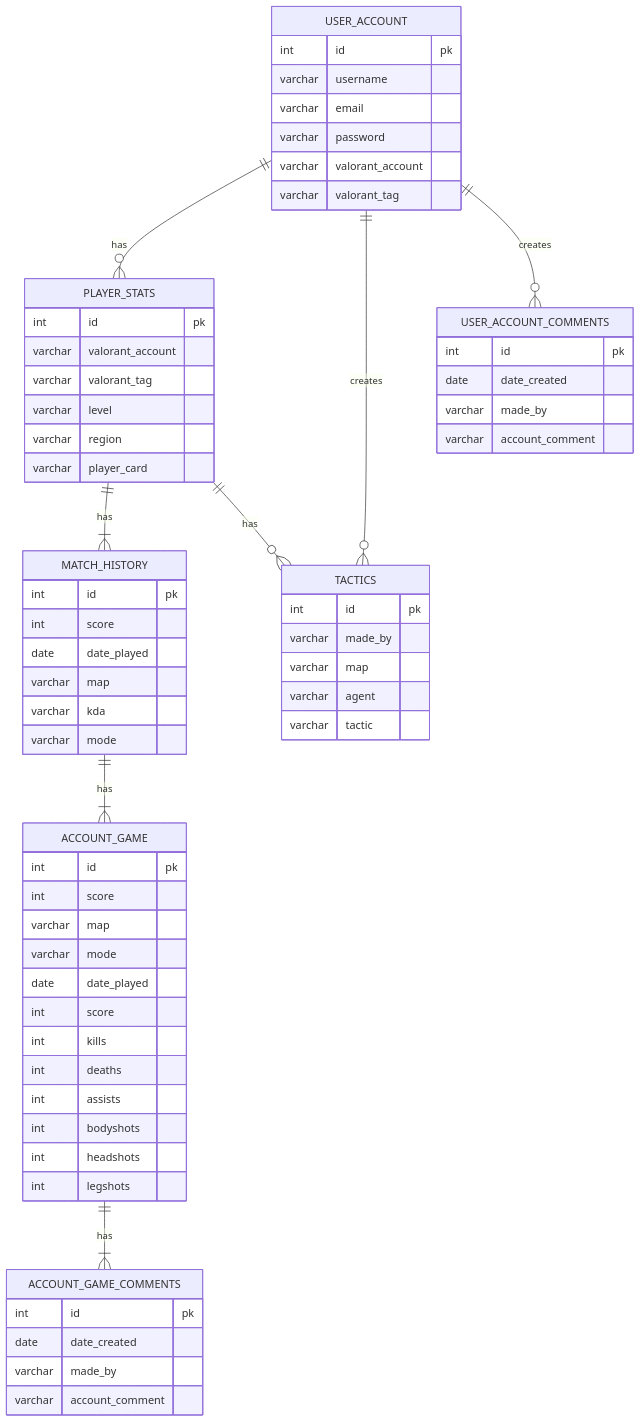
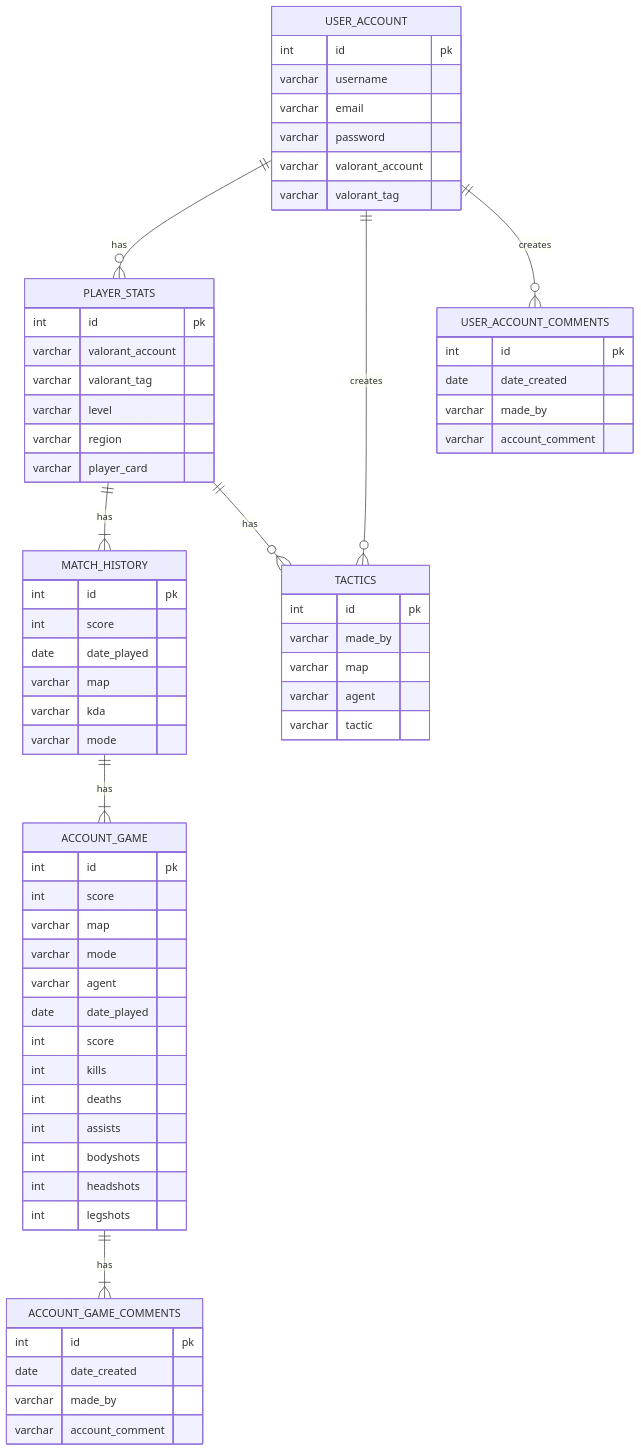
Before and after one commit to MarianoUnosquare17/imspector-vuejs: the second of 2 diagrams in README.md, drawn with Mermaid.

Commit message:
updated erd

````diff
--- a/README.md
+++ b/README.md
@@ -42,68 +42,69 @@
 ```mermaid
 erDiagram
     USER_ACCOUNT ||--o{ PLAYER_STATS : has
     USER_ACCOUNT {
         int id pk
         varchar username
         varchar email
         varchar password
         varchar valorant_account
         varchar valorant_tag
     }
         PLAYER_STATS {
         int id pk
         varchar valorant_account
         varchar valorant_tag
         varchar level
         varchar region
         varchar player_card
     }
     PLAYER_STATS ||--|{ MATCH_HISTORY : has
 
     MATCH_HISTORY{
         int id pk
         int score
         date date_played
         varchar map
         varchar kda
         varchar mode
     }
     MATCH_HISTORY ||--|{ ACCOUNT_GAME : has
     ACCOUNT_GAME{
         int id pk
         int score
         varchar map
         varchar mode
+        varchar agent
         date date_played
         int score
         int kills
         int deaths
         int assists
         int bodyshots
         int headshots
         int legshots 
     }
     ACCOUNT_GAME ||--|{ ACCOUNT_GAME_COMMENTS : has
     ACCOUNT_GAME_COMMENTS{
         int id pk
         date date_created
         varchar made_by
         varchar account_comment
     }
     USER_ACCOUNT ||--o{ TACTICS : creates
     TACTICS{
         int id pk
         varchar made_by
         varchar map
         varchar agent
         varchar tactic
     }
     PLAYER_STATS ||--o{ TACTICS : has
     USER_ACCOUNT ||--o{ USER_ACCOUNT_COMMENTS : creates
         USER_ACCOUNT_COMMENTS{
         int id pk
         date date_created
         varchar made_by
         varchar account_comment
     }
 ```
````
